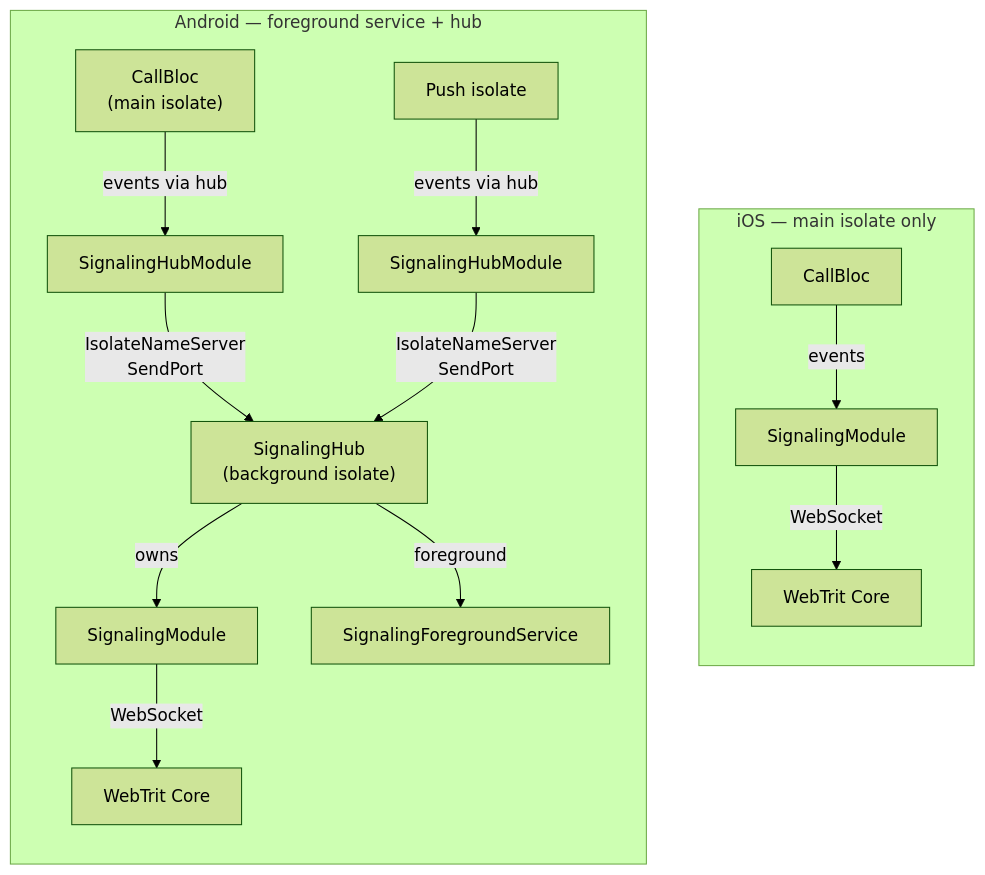
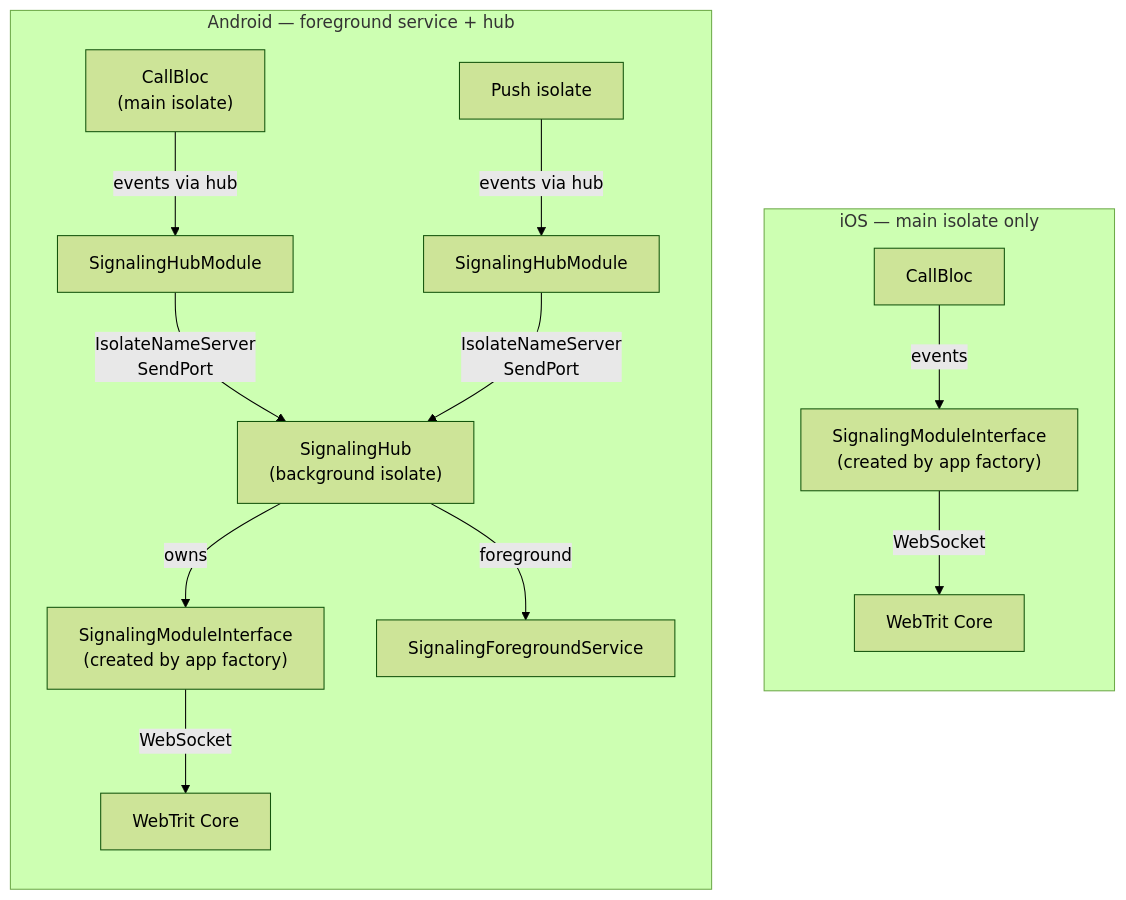
The third of 7 diagrams in packages/webtrit_signaling_service/ARCHITECTURE.md (WebTrit/webtrit_phone), drawn with Mermaid (forest theme) before and after one commit. The commit also changed other lines of this file and 4 other files, not shown here.

Commit message:
docs: update signaling service plugin docs after SignalingModuleFactory refactor

````diff
--- a/packages/webtrit_signaling_service/ARCHITECTURE.md
+++ b/packages/webtrit_signaling_service/ARCHITECTURE.md
@@ -57,18 +62,18 @@
 ```mermaid
 graph TD
     subgraph iOS["iOS — main isolate only"]
         direction TB
-        ios_cb["CallBloc"] -->|events| ios_sm["SignalingModule"]
+        ios_cb["CallBloc"] -->|events| ios_sm["SignalingModuleInterface\n(created by app factory)"]
         ios_sm -->|WebSocket| ios_srv["WebTrit Core"]
     end
 
     subgraph Android["Android — foreground service + hub"]
         direction TB
         and_cb["CallBloc\n(main isolate)"] -->|events via hub| and_hm["SignalingHubModule"]
         and_push["Push isolate"] -->|events via hub| and_hm2["SignalingHubModule"]
         and_hm & and_hm2 -->|" IsolateNameServer\nSendPort "| and_hub["SignalingHub\n(background isolate)"]
-        and_hub -->|owns| and_sm["SignalingModule"]
+        and_hub -->|owns| and_sm["SignalingModuleInterface\n(created by app factory)"]
         and_sm -->|WebSocket| and_srv["WebTrit Core"]
         and_hub -->|foreground| and_svc["SignalingForegroundService"]
     end
 ```
````
